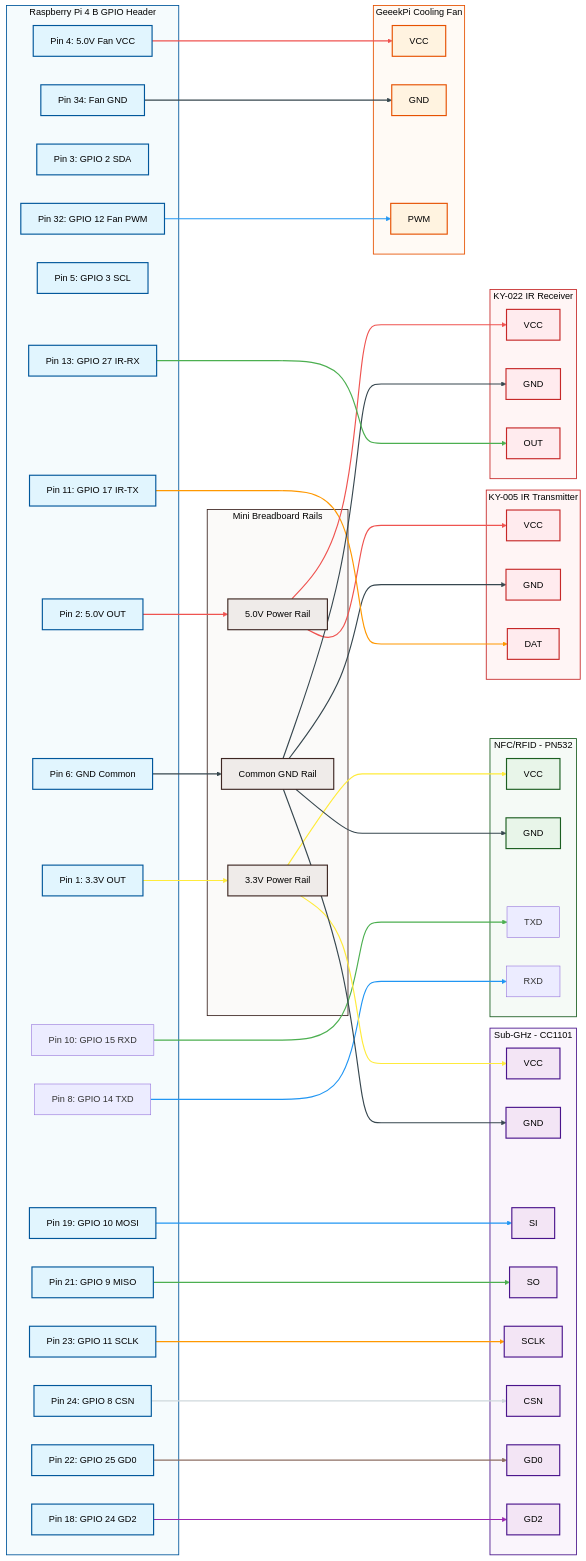
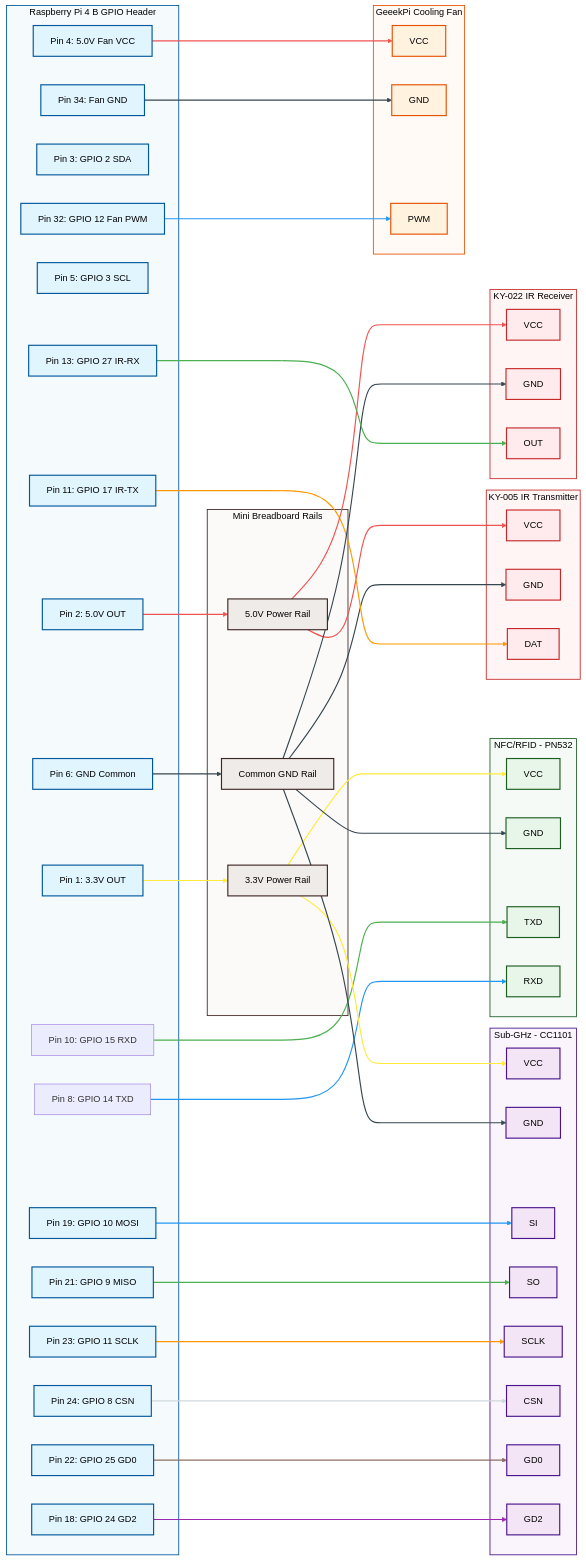
Before and after one commit to jhannesreimann/chonkyflipper: the diagram in WIRING.md, drawn with Mermaid. The commit also changed other lines of this file and 4 other files, not shown here.

```diff
--- a/WIRING.md
+++ b/WIRING.md
@@ -121,7 +121,7 @@
     PIN2 --> VCC5
     PIN6 --> GND
 
-    %% Cooling Fan DIRECT connections (Bypasses Breadboard!)
+    %% Cooling Fan direct connections (bypasses breadboard)
     PIN4 ===> Fan_VCC
     PIN34 ===> Fan_GND
     PIN32 ===> Fan_PWM
@@ -162,7 +162,7 @@
     
     class RPi,PIN1,PIN2,PIN3,PIN4,PIN5,PIN6,PIN11,PIN13,PIN18,PIN19,PIN21,PIN22,PIN23,PIN24,PIN32,PIN34 rpi;
     class Breadboard,VCC3,VCC5,GND board;
-    class NFC,PN_VCC,PN_GND,PN_SDA,PN_SCL nfc;
+    class NFC,PN_VCC,PN_GND,PN_TXD,PN_RXD nfc;
     class SubGHz,CC_VCC,CC_GND,CC_SI,CC_SO,CC_SCLK,CC_CS,CC_GD0,CC_GD2 subghz;
     class IR_TX,TX_VCC,TX_GND,TX_DAT,IR_RX,RX_VCC,RX_GND,RX_OUT ir;
     class Cooling,Fan_VCC,Fan_GND,Fan_PWM fan;
```
